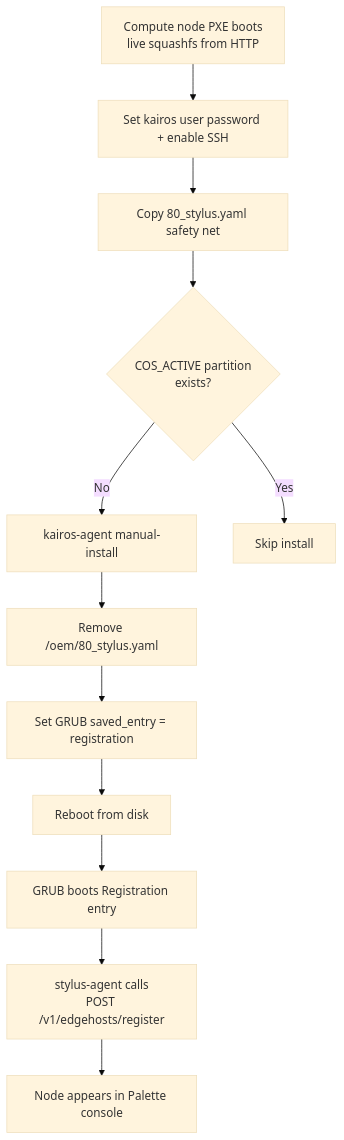
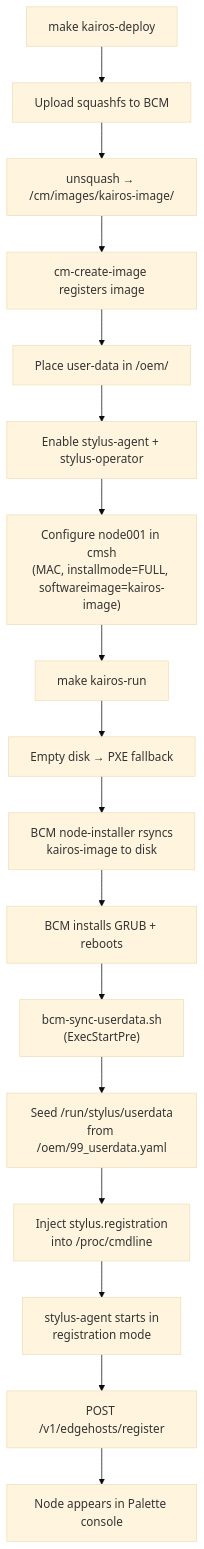
One commit to blik616287/bcm_kairos_integration changed the fourth of 4 diagrams in README.md. Above: the diagram before and after it, drawn with Mermaid (base theme). The commit also changed other lines of this file and 3 other files, not shown here.

````diff
--- a/README.md
+++ b/README.md
@@ -370,18 +347,21 @@
 ```mermaid
 flowchart TD
-    A["Compute node PXE boots<br/>live squashfs from HTTP"]
+    A["make kairos-deploy"] --> B["Upload squashfs to BCM"]
+    B --> C["unsquash → /cm/images/kairos-image/"]
+    C --> D["cm-create-image registers image"]
+    D --> E["Place user-data in /oem/"]
+    E --> F["Enable stylus-agent + stylus-operator"]
+    F --> G["Configure node001 in cmsh<br/>(MAC, installmode=FULL, softwareimage=kairos-image)"]
 
-    A --> B1["Set kairos user password + enable SSH"]
-    B1 --> B2["Copy 80_stylus.yaml safety net"]
-    B2 --> B3{"COS_ACTIVE partition<br/>exists?"}
-    B3 -->|"No"| B4["kairos-agent manual-install"]
-    B3 -->|"Yes"| B5["Skip install"]
+    G --> H["make kairos-run"]
+    H --> I["Empty disk → PXE fallback"]
+    I --> J["BCM node-installer rsyncs<br/>kairos-image to disk"]
+    J --> K["BCM installs GRUB + reboots"]
 
-    B4 --> C1["Remove /oem/80_stylus.yaml"]
-    C1 --> C2["Set GRUB saved_entry = registration"]
-
-    C2 --> D["Reboot from disk"]
-    D --> E["GRUB boots Registration entry"]
-    E --> F["stylus-agent calls<br/>POST /v1/edgehosts/register"]
-    F --> G["Node appears in Palette console"]
+    K --> L["bcm-sync-userdata.sh<br/>(ExecStartPre)"]
+    L --> L1["Seed /run/stylus/userdata<br/>from /oem/99_userdata.yaml"]
+    L1 --> L2["Inject stylus.registration<br/>into /proc/cmdline"]
+    L2 --> M["stylus-agent starts in<br/>registration mode"]
+    M --> N["POST /v1/edgehosts/register"]
+    N --> O["Node appears in Palette console"]
 ```
````
